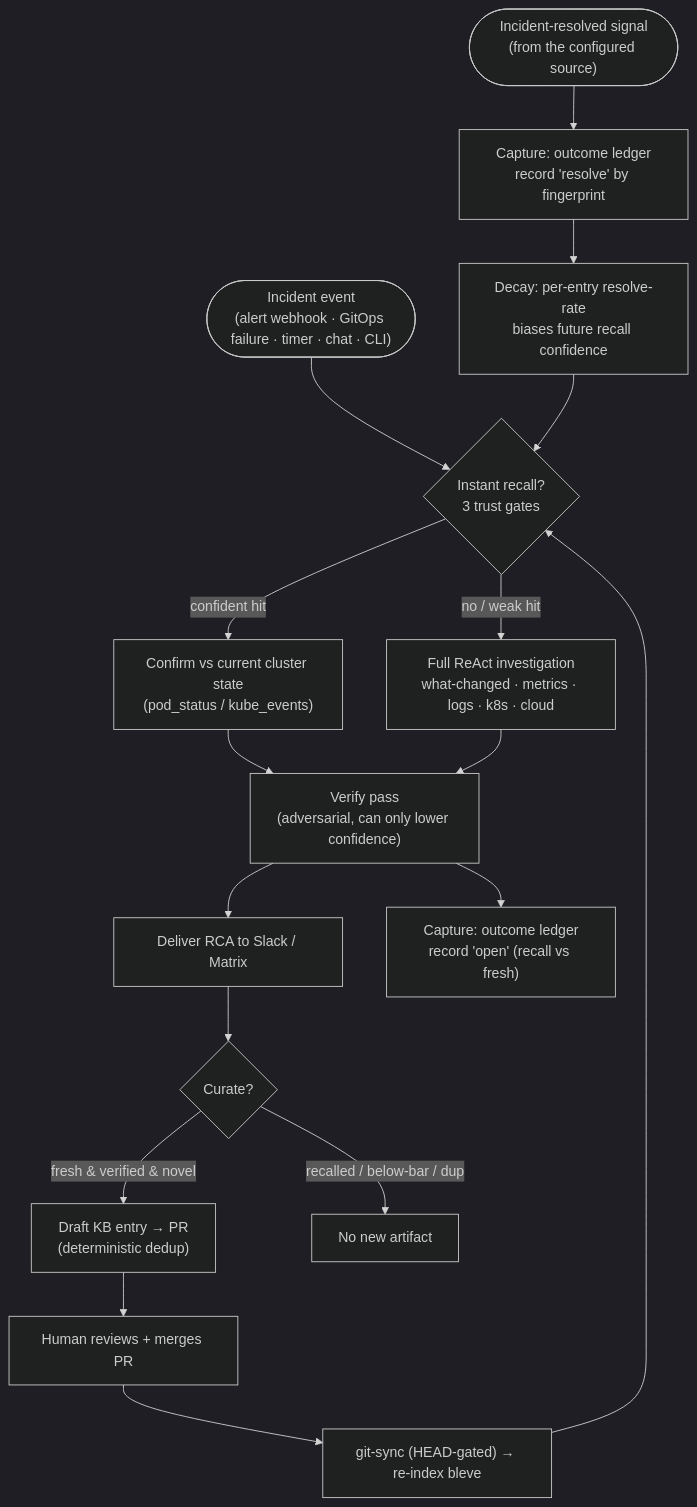
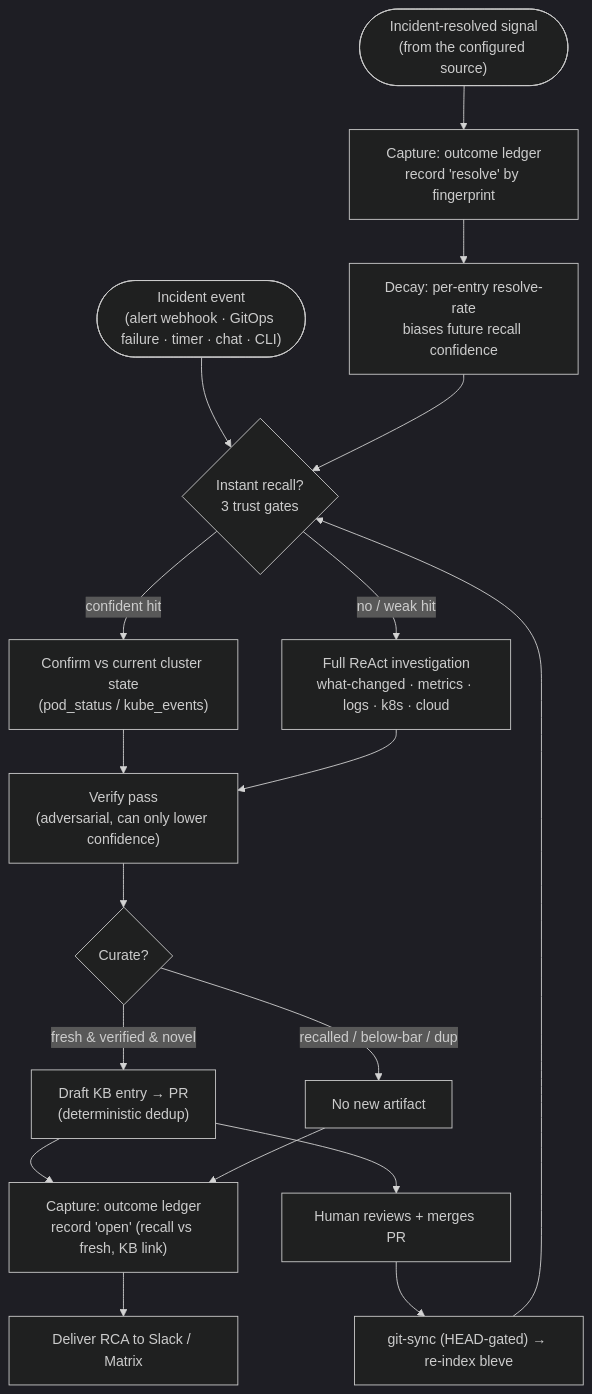
One commit to Smana/runlore changed the second of 6 diagrams in docs/learning-loop.md. Above: the diagram before and after it, drawn with Mermaid (dark theme). The commit also changed other lines of this file, not shown here.

First line of the commit message:
docs: fix learning-loop drift against curation and recall code

````diff
--- a/docs/learning-loop.md
+++ b/docs/learning-loop.md
@@ -65,19 +65,20 @@
 ```mermaid
 flowchart TD
     A(["Incident event<br/>(alert webhook · GitOps failure · timer · chat · CLI)"]) --> RT{"Instant recall?<br/>3 trust gates"}
     RT -- "confident hit" --> CF["Confirm vs current cluster state<br/>(pod_status / kube_events)"]
     CF --> VF["Verify pass<br/>(adversarial, can only lower confidence)"]
     RT -- "no / weak hit" --> LOOP["Full ReAct investigation<br/>what-changed · metrics · logs · k8s · cloud"]
     LOOP --> VF
-    VF --> DLV["Deliver RCA to Slack / Matrix"]
-    VF --> CAP["Capture: outcome ledger<br/>record 'open' (recall vs fresh)"]
-    DLV --> CUR{Curate?}
+    VF --> CUR{Curate?}
     CUR -- "fresh & verified & novel" --> PR["Draft KB entry → PR<br/>(deterministic dedup)"]
     CUR -- "recalled / below-bar / dup" --> SKIP["No new artifact"]
+    PR --> CAP["Capture: outcome ledger<br/>record 'open' (recall vs fresh, KB link)"]
+    SKIP --> CAP
+    CAP --> DLV["Deliver RCA to Slack / Matrix"]
     PR --> HUM["Human reviews + merges PR"]
     HUM --> SYNC["git-sync (HEAD-gated) → re-index bleve"]
     SYNC --> RT
     RESOLVED(["Incident-resolved signal<br/>(from the configured source)"]) --> CAP2["Capture: outcome ledger<br/>record 'resolve' by fingerprint"]
     CAP2 --> DECAY["Decay: per-entry resolve-rate<br/>biases future recall confidence"]
     DECAY --> RT
 ```
````
